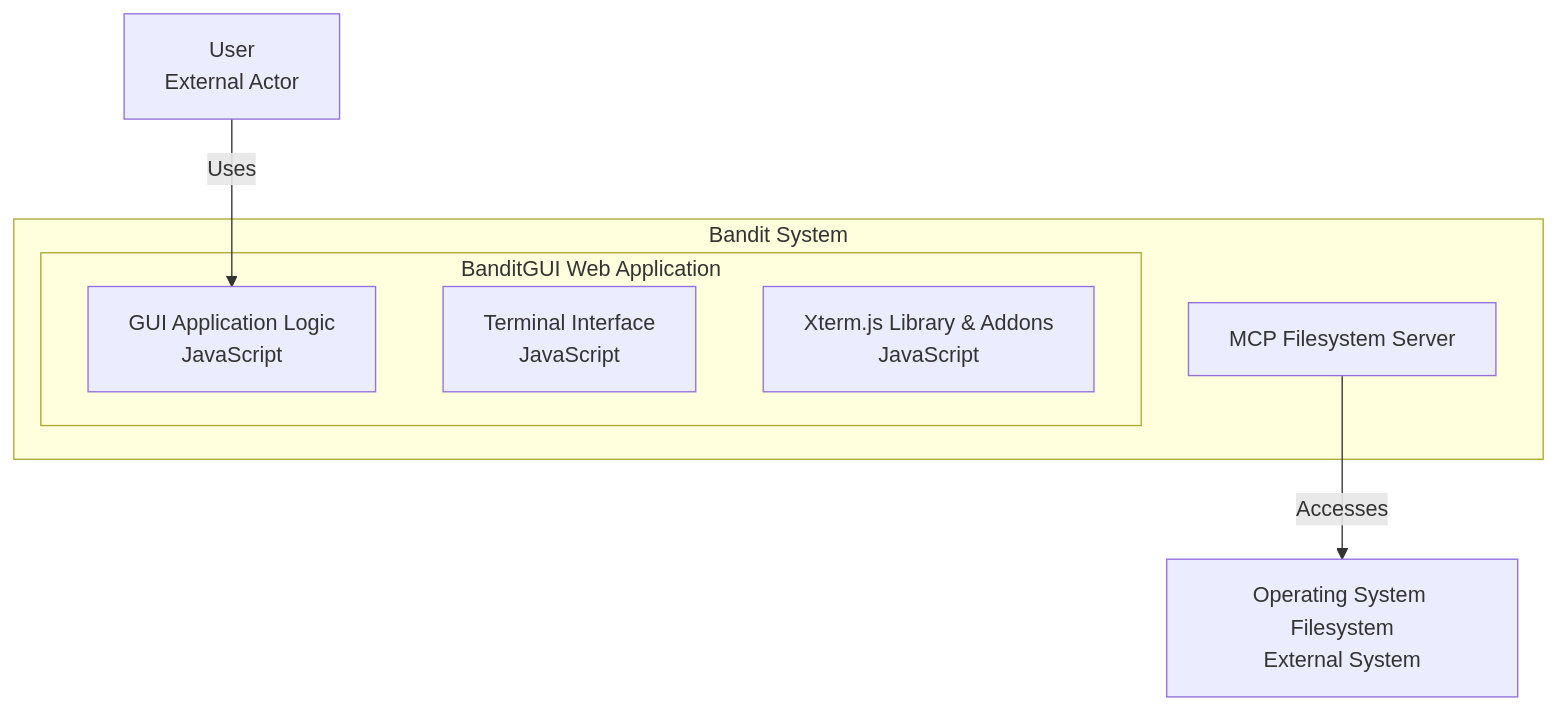
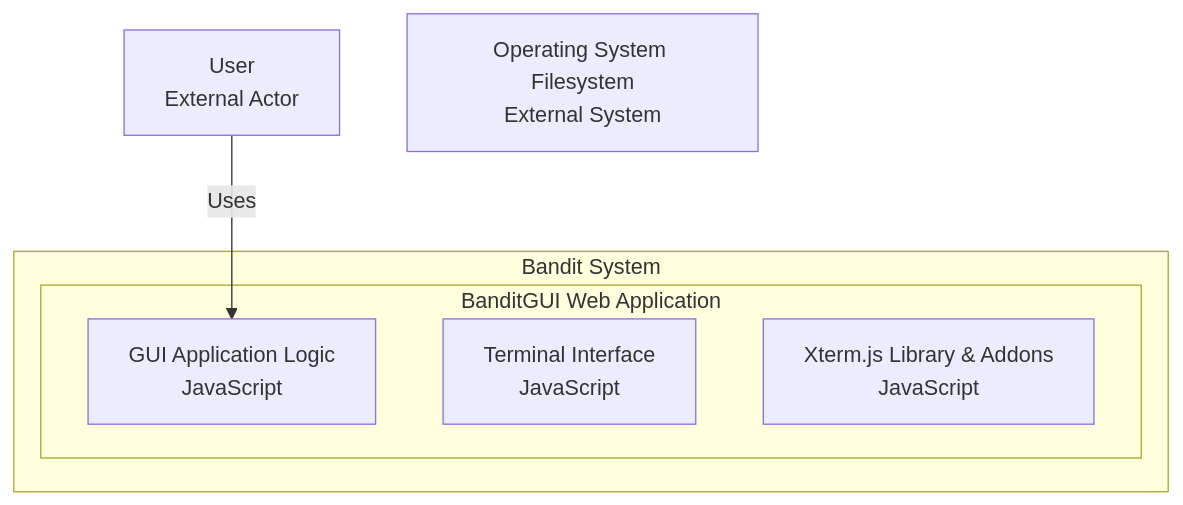
One commit to TheRealFREDP3D/Making-BanditGUI changed the diagram in v0.2-FINAL-context.md. Above: the diagram before and after it, drawn with Mermaid. The commit also changed 12 other files, not shown here.

````diff
--- a/v0.2-FINAL-context.md
+++ b/v0.2-FINAL-context.md
@@ -128,18 +128,15 @@
 ```mermaid
 graph TD
 
     43955["User<br>External Actor"]
     43960["Operating System Filesystem<br>External System"]
     subgraph 43952["Bandit System"]
-        43953["MCP Filesystem Server"]
         subgraph 43954["BanditGUI Web Application"]
             43956["GUI Application Logic<br>JavaScript"]
             43957["Terminal Interface<br>JavaScript"]
             43958["Xterm.js Library &amp; Addons<br>JavaScript"]
         end
     end
-    %% Edges at this level (grouped by source)
-    43953["MCP Filesystem Server"] -->|Accesses| 43960["Operating System Filesystem<br>External System"]
     43955["User<br>External Actor"] -->|Uses| 43956["GUI Application Logic<br>JavaScript"]
 
 ```
````
